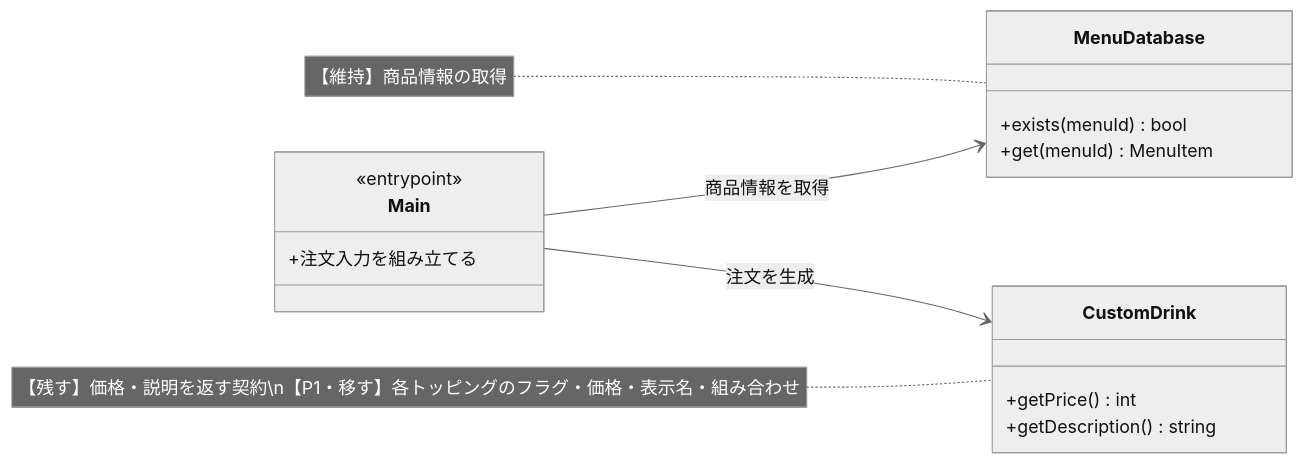
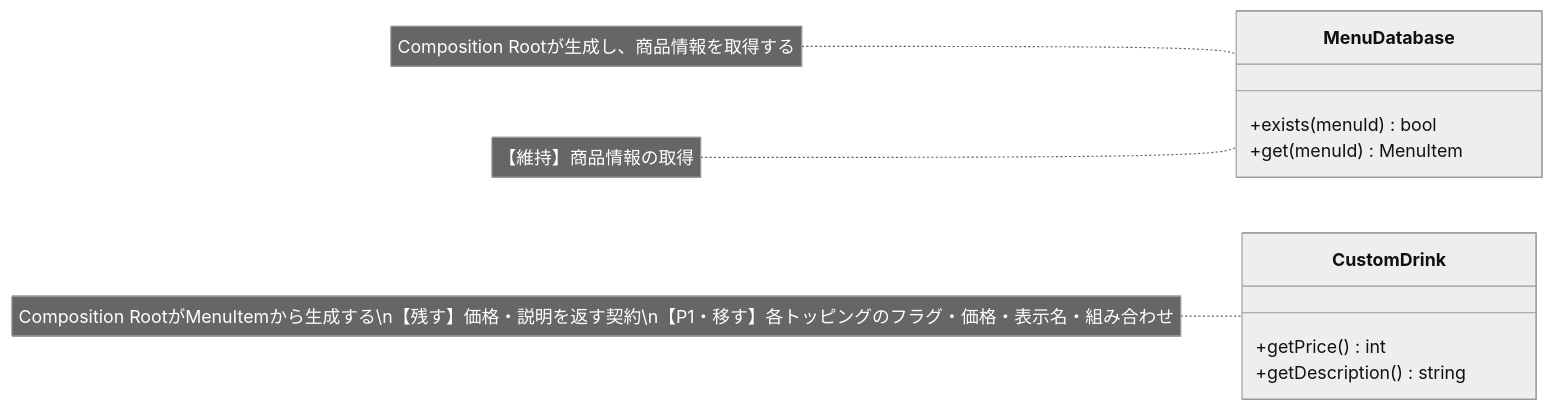
One commit to kumachan1101-pixel/DesignPattern changed the sixth of 12 diagrams in kindle/design-patterns/output/chapter06.md. Above: the diagram before and after it, drawn with Mermaid (neutral theme). The commit also changed other lines of this file and 21 other files, not shown here.

````diff
--- a/kindle/design-patterns/output/chapter06.md
+++ b/kindle/design-patterns/output/chapter06.md
@@ -868,24 +874,19 @@
 ```mermaid
 classDiagram
     direction LR
-    class Main {
-        <<entrypoint>>
-        +注文入力を組み立てる
-    }
     class MenuDatabase {
         +exists(menuId) bool
         +get(menuId) MenuItem
     }
     class CustomDrink {
         +getPrice() int
         +getDescription() string
     }
-    Main --> MenuDatabase : 商品情報を取得
-    Main --> CustomDrink : 注文を生成
+    note for MenuDatabase "Composition Rootが生成し、商品情報を取得する"
 
-    note for CustomDrink "【残す】価格・説明を返す契約\n【P1・移す】各トッピングのフラグ・価格・表示名・組み合わせ"
+    note for CustomDrink "Composition RootがMenuItemから生成する\n【残す】価格・説明を返す契約\n【P1・移す】各トッピングのフラグ・価格・表示名・組み合わせ"
     note for MenuDatabase "【維持】商品情報の取得"
 
     classDef focus fill:#FFF2CC,stroke:#D6B656,stroke-width:2px,color:#222222
     cssClass "CustomDrink" focus
 ```
````
